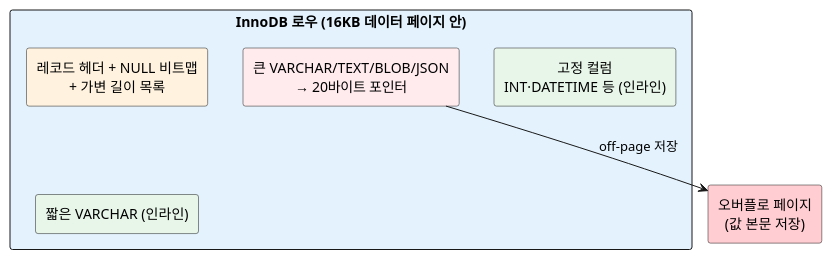
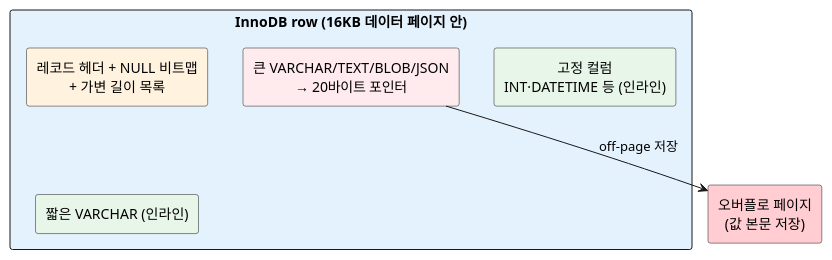
One commit to johnycho/johny-dev changed the first of 2 diagrams in blog/2026-10-07-mysql-column-types-storage.mdx. Above: the diagram before and after it, drawn with PlantUML. The commit also changed other lines of this file and 5 other files, not shown here.

````diff
--- a/blog/2026-10-07-mysql-column-types-storage.mdx
+++ b/blog/2026-10-07-mysql-column-types-storage.mdx
@@ -27,16 +27,16 @@
 ```plantuml
 @startuml
 skinparam defaultTextAlignment center
 skinparam shadowing false
 
-rectangle "InnoDB 로우 (16KB 데이터 페이지 안)" as ROW #E3F2FD {
+rectangle "InnoDB row (16KB 데이터 페이지 안)" as ROW #E3F2FD {
   rectangle "레코드 헤더 + NULL 비트맵\n+ 가변 길이 목록" as H #FFF3E0
   rectangle "고정 컬럼\nINT·DATETIME 등 (인라인)" as F #E8F5E9
   rectangle "짧은 VARCHAR (인라인)" as V #E8F5E9
   rectangle "큰 VARCHAR/TEXT/BLOB/JSON\n→ 20바이트 포인터" as P #FFEBEE
 }
 rectangle "오버플로 페이지\n(값 본문 저장)" as OV #FFCDD2
 
 P -down-> OV : off-page 저장
 @enduml
 ```
````
